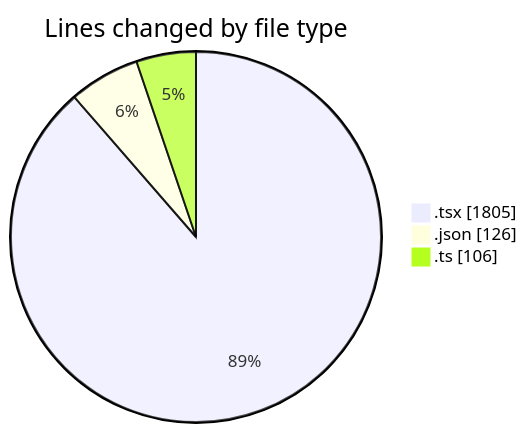
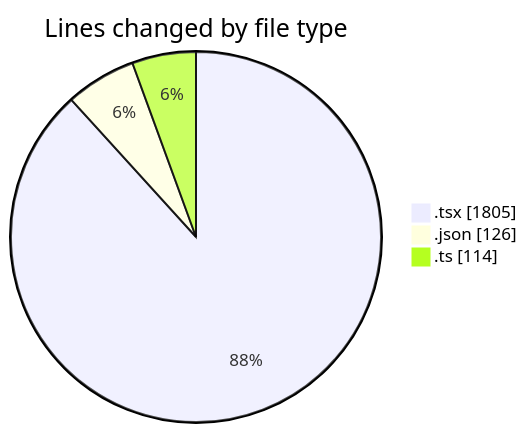
The first of 2 diagrams in 2026-03-30/nxtqube_webapp/README.md (nxtqubesakshisongat/code-tracking), drawn with Mermaid before and after one commit. The commit also changed other lines of this file and 1 other file, not shown here.

````diff
--- a/2026-03-30/nxtqube_webapp/README.md
+++ b/2026-03-30/nxtqube_webapp/README.md
@@ -24,7 +24,7 @@
 ```mermaid
 pie showData
 title Lines changed by file type
 ".tsx" : 1805
 ".json" : 126
-".ts" : 106
+".ts" : 114
 ```
````
